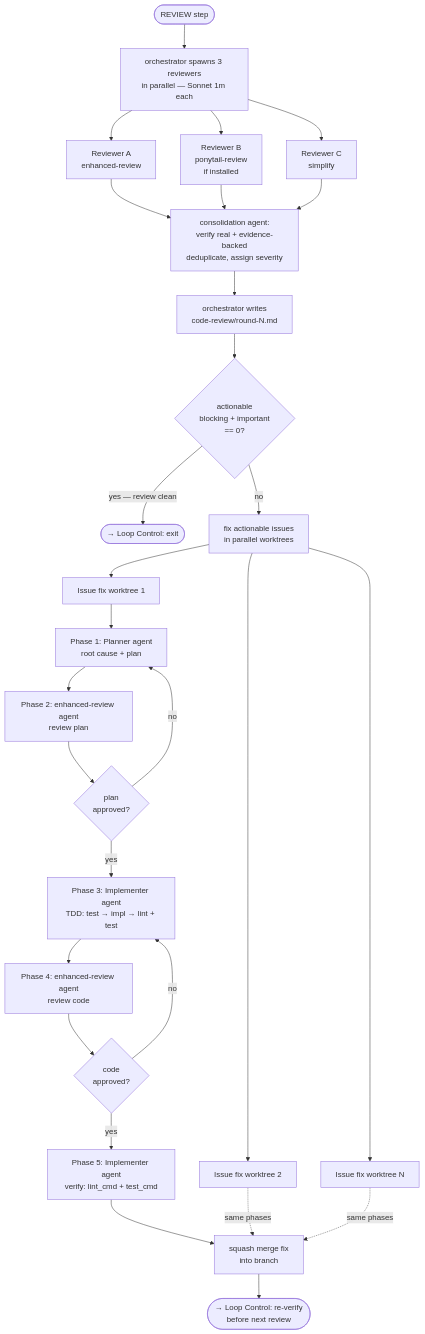
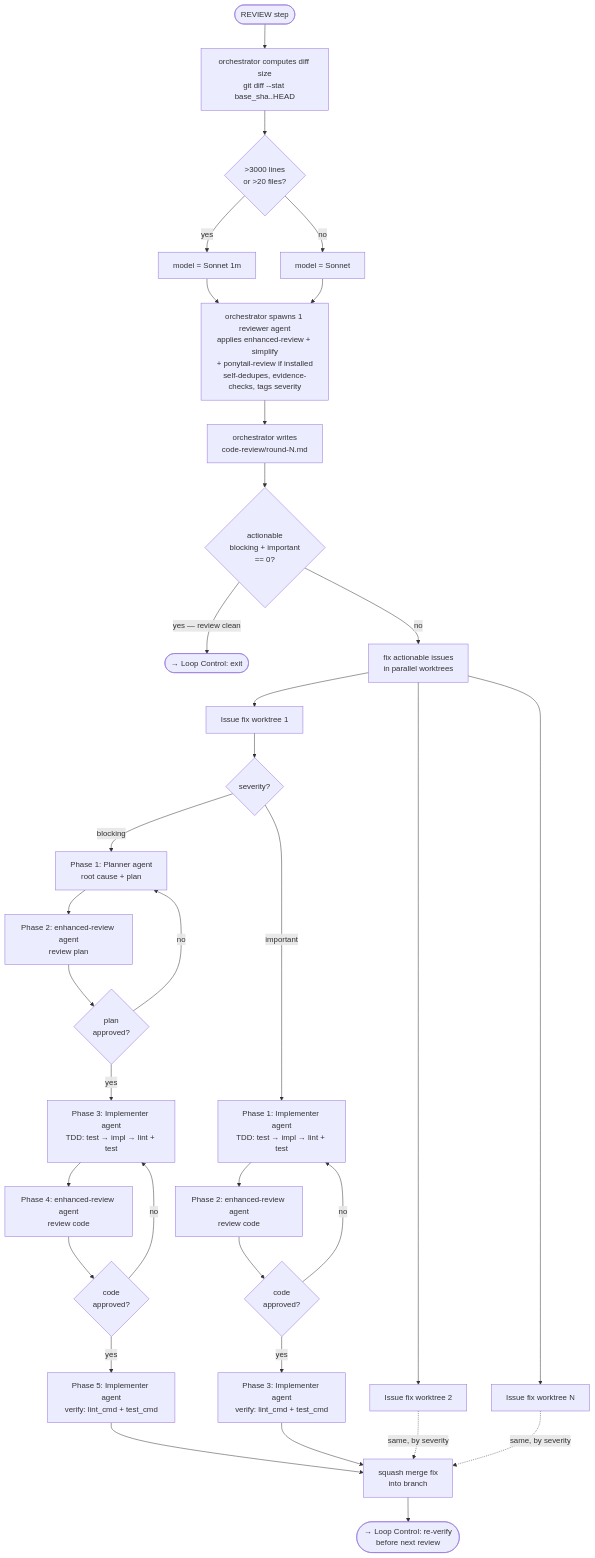
Before and after one commit to SG-Agent-Studio/autonomous-development-loop: the fifth of 7 diagrams in docs/architecture/001-agent-workflow.md, drawn with Mermaid. The commit also changed 10 other files, not shown here.

````diff
--- a/docs/architecture/001-agent-workflow.md
+++ b/docs/architecture/001-agent-workflow.md
@@ -132,35 +132,41 @@
 ```mermaid
 flowchart TD
-    R0([REVIEW step]) --> PAR[orchestrator spawns 3 reviewers\nin parallel — Sonnet 1m each]
+    R0([REVIEW step]) --> DIFF[orchestrator computes diff size\ngit diff --stat base_sha..HEAD]
+    DIFF --> TIER{>3000 lines\nor >20 files?}
+    TIER -->|yes| M1[model = Sonnet 1m]
+    TIER -->|no| M2[model = Sonnet]
+    M1 & M2 --> REV[orchestrator spawns 1 reviewer agent\napplies enhanced-review + simplify\n+ ponytail-review if installed\nself-dedupes, evidence-checks, tags severity]
 
-    PAR --> RA[Reviewer A\nenhanced-review]
-    PAR --> RB[Reviewer B\nponytail-review\nif installed]
-    PAR --> RC[Reviewer C\nsimplify]
-
-    RA & RB & RC --> CONS[consolidation agent:\nverify real + evidence-backed\ndeduplicate, assign severity]
-
-    CONS --> WRITE[orchestrator writes\ncode-review/round-N.md]
+    REV --> WRITE[orchestrator writes\ncode-review/round-N.md]
     WRITE --> AQ{actionable\nblocking + important\n== 0?}
     AQ -->|yes — review clean| BACK([→ Loop Control: exit])
     AQ -->|no| FIXPAR[fix actionable issues\nin parallel worktrees]
 
     FIXPAR --> FI1[Issue fix worktree 1]
     FIXPAR --> FI2[Issue fix worktree 2]
     FIXPAR --> FIN[Issue fix worktree N]
 
-    FI1 --> PH1[Phase 1: Planner agent\nroot cause + plan]
+    FI1 --> SEV{severity?}
+    SEV -->|blocking| PH1[Phase 1: Planner agent\nroot cause + plan]
     PH1 --> PH2[Phase 2: enhanced-review agent\nreview plan]
     PH2 --> PH2OK{plan\napproved?}
     PH2OK -->|no| PH1
     PH2OK -->|yes| PH3[Phase 3: Implementer agent\nTDD: test → impl → lint + test]
     PH3 --> PH4[Phase 4: enhanced-review agent\nreview code]
     PH4 --> PH4OK{code\napproved?}
     PH4OK -->|no| PH3
     PH4OK -->|yes| PH5[Phase 5: Implementer agent\nverify: lint_cmd + test_cmd]
     PH5 --> SMF[squash merge fix\ninto branch]
 
-    FI2 -.->|same phases| SMF
-    FIN -.->|same phases| SMF
+    SEV -->|important| IH1[Phase 1: Implementer agent\nTDD: test → impl → lint + test]
+    IH1 --> IH2[Phase 2: enhanced-review agent\nreview code]
+    IH2 --> IH2OK{code\napproved?}
+    IH2OK -->|no| IH1
+    IH2OK -->|yes| IH3[Phase 3: Implementer agent\nverify: lint_cmd + test_cmd]
+    IH3 --> SMF
+
+    FI2 -.->|same, by severity| SMF
+    FIN -.->|same, by severity| SMF
 
     SMF --> RELOOP([→ Loop Control: re-verify\nbefore next review])
 ```
````
